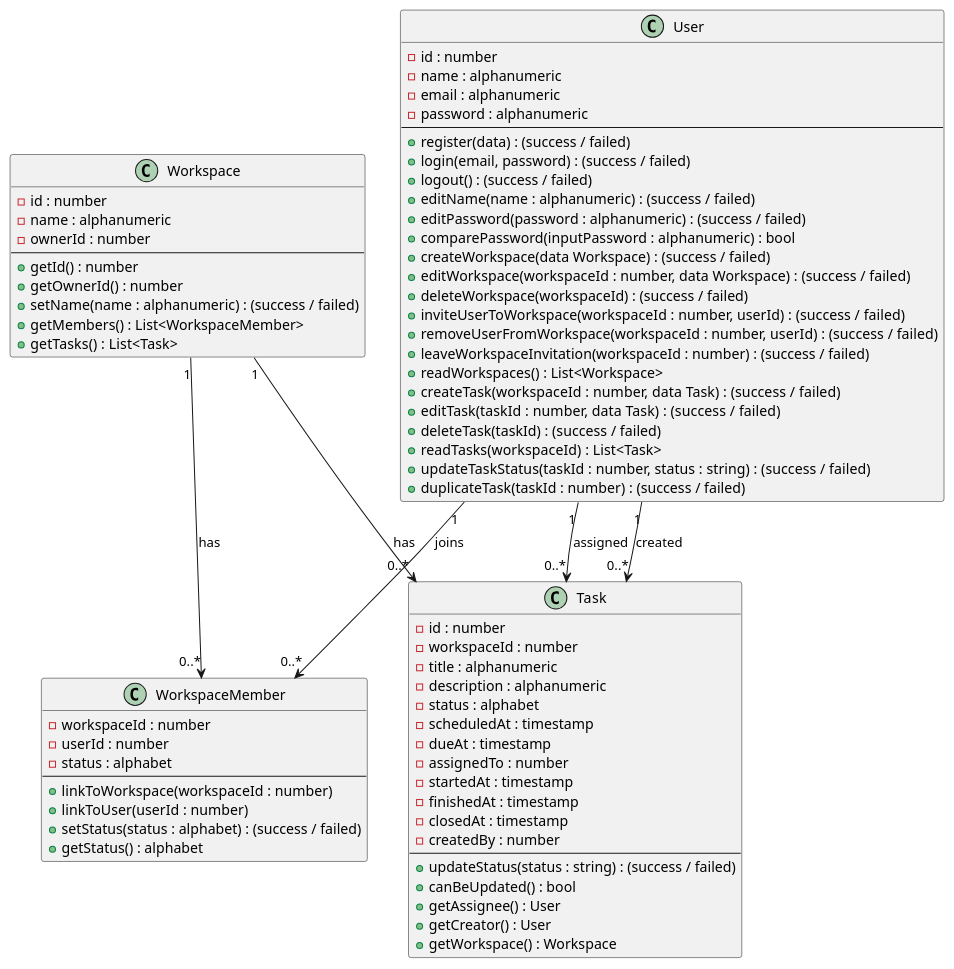
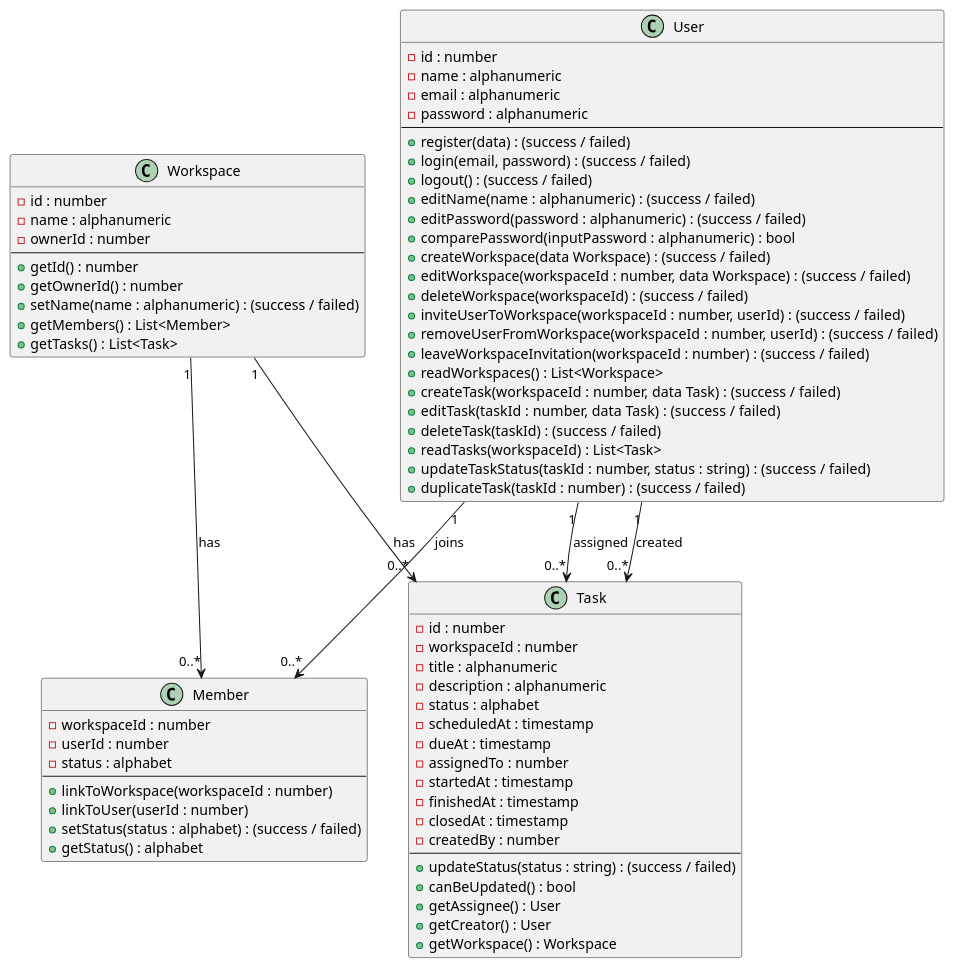
The diagram in docs/class_diagram.puml (davidimannuel/uwika_task_tracker), drawn with PlantUML before and after one commit. The commit also changed 7 other files, not shown here.

```diff
--- a/docs/class_diagram.puml
+++ b/docs/class_diagram.puml
@@ -8,81 +8,81 @@
 @startuml task_tracker
 
 class User {
     - id : number
     - name : alphanumeric
     - email : alphanumeric
     - password : alphanumeric
     --
     + register(data) : (success / failed)
     + login(email, password) : (success / failed)
     + logout() : (success / failed)
     + editName(name : alphanumeric) : (success / failed)
     + editPassword(password : alphanumeric) : (success / failed)
     + comparePassword(inputPassword : alphanumeric) : bool
     + createWorkspace(data Workspace) : (success / failed)
     + editWorkspace(workspaceId : number, data Workspace) : (success / failed)
     + deleteWorkspace(workspaceId) : (success / failed)
     + inviteUserToWorkspace(workspaceId : number, userId) : (success / failed)
     + removeUserFromWorkspace(workspaceId : number, userId) : (success / failed)
     + leaveWorkspaceInvitation(workspaceId : number) : (success / failed)
     + readWorkspaces() : List<Workspace>
     + createTask(workspaceId : number, data Task) : (success / failed)
     + editTask(taskId : number, data Task) : (success / failed)
     + deleteTask(taskId) : (success / failed)
     + readTasks(workspaceId) : List<Task>
     + updateTaskStatus(taskId : number, status : string) : (success / failed)
     + duplicateTask(taskId : number) : (success / failed)
 }
 
 class Workspace {
     - id : number
     - name : alphanumeric
     - ownerId : number
     --
     + getId() : number
     + getOwnerId() : number
     + setName(name : alphanumeric) : (success / failed)
-    + getMembers() : List<WorkspaceMember>
+    + getMembers() : List<Member>
     + getTasks() : List<Task>
 }
 
-class WorkspaceMember {
+class Member {
     - workspaceId : number
     - userId : number
     - status : alphabet
     --
     + linkToWorkspace(workspaceId : number)
     + linkToUser(userId : number)
     + setStatus(status : alphabet) : (success / failed)
     + getStatus() : alphabet
 }
 
-Workspace "1" --> "0..*" WorkspaceMember : has
-User "1" --> "0..*" WorkspaceMember : joins
+Workspace "1" --> "0..*" Member : has
+User "1" --> "0..*" Member : joins
 
 class Task {
     - id : number
     - workspaceId : number
     - title : alphanumeric
     - description : alphanumeric
     - status : alphabet
     - scheduledAt : timestamp
     - dueAt : timestamp
     - assignedTo : number
     - startedAt : timestamp
     - finishedAt : timestamp
     - closedAt : timestamp
     - createdBy : number
     --
     + updateStatus(status : string) : (success / failed)
     + canBeUpdated() : bool
     + getAssignee() : User
     + getCreator() : User
     + getWorkspace() : Workspace
 }
 
 Workspace "1" --> "0..*" Task : has
 User "1" --> "0..*" Task : assigned
 User "1" --> "0..*" Task : created
 
 @enduml
```
